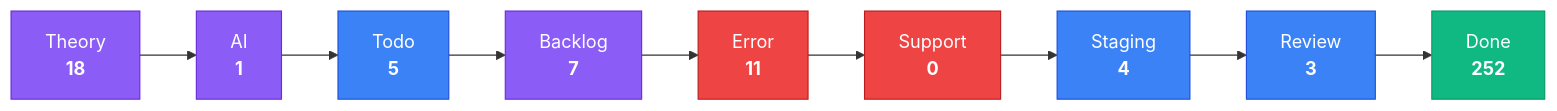
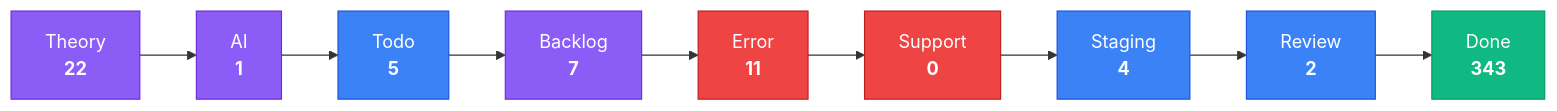
One commit to KBVE/kbve changed the third of 4 diagrams in apps/kbve/astro-kbve/src/content/docs/dashboard/kanban.mdx. Above: the diagram before and after it, drawn with Mermaid. The commit also changed other lines of this file and 8 other files, not shown here.

````diff
--- a/apps/kbve/astro-kbve/src/content/docs/dashboard/kanban.mdx
+++ b/apps/kbve/astro-kbve/src/content/docs/dashboard/kanban.mdx
@@ -80,28 +80,28 @@
 ```mermaid
 flowchart LR
     classDef planning fill:#8b5cf6,stroke:#6d28d9,color:#fff
     classDef active fill:#3b82f6,stroke:#1d4ed8,color:#fff
     classDef blocked fill:#ef4444,stroke:#b91c1c,color:#fff
     classDef done fill:#10b981,stroke:#059669,color:#fff
-    Theory["Theory<br/><strong>18</strong>"]
+    Theory["Theory<br/><strong>22</strong>"]
     Theory --> AI
     AI["AI<br/><strong>1</strong>"]
     AI --> Todo
     Todo["Todo<br/><strong>5</strong>"]
     Todo --> Backlog
     Backlog["Backlog<br/><strong>7</strong>"]
     Backlog --> Error
     Error["Error<br/><strong>11</strong>"]
     Error --> Support
     Support["Support<br/><strong>0</strong>"]
     Support --> Staging
     Staging["Staging<br/><strong>4</strong>"]
     Staging --> Review
-    Review["Review<br/><strong>3</strong>"]
+    Review["Review<br/><strong>2</strong>"]
     Review --> Done
-    Done["Done<br/><strong>252</strong>"]
+    Done["Done<br/><strong>343</strong>"]
     class Theory,AI,Backlog planning
     class Todo,Staging,Review active
     class Error,Support blocked
     class Done done
 ```
````
